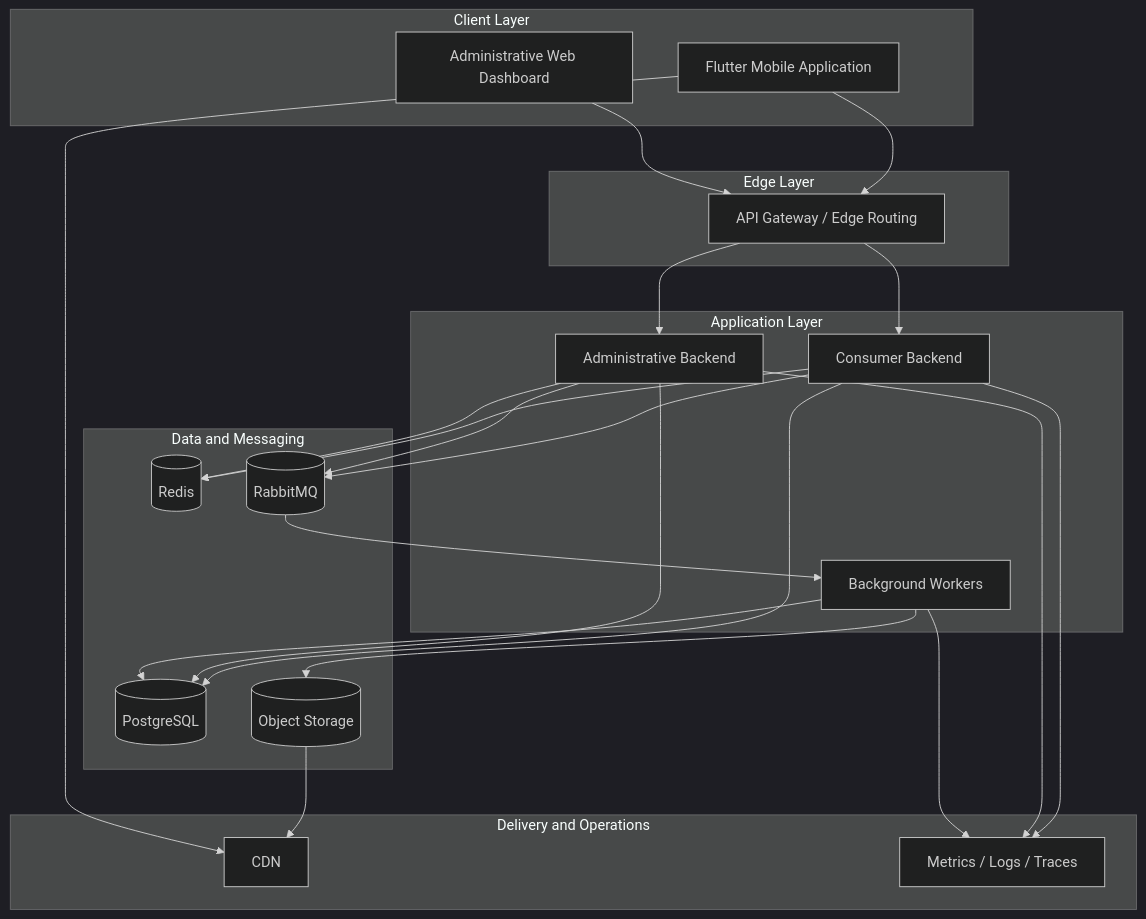
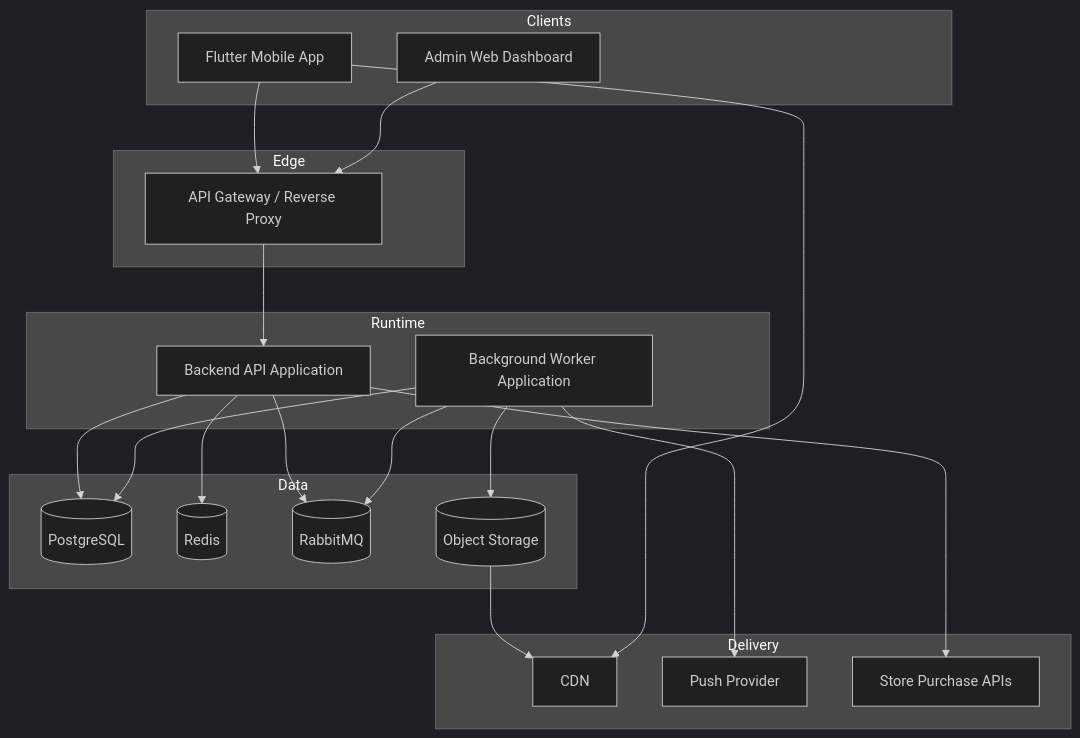
The second of 6 diagrams in docs/03_Architecture/Software_Architecture.md (IoanMarian08/KidsAudioBookPlatform), drawn with Mermaid (dark theme) before and after one commit. The commit also changed other lines of this file, not shown here.

Commit message:
docs(architecture): deepen software architecture specification

````diff
--- a/docs/03_Architecture/Software_Architecture.md
+++ b/docs/03_Architecture/Software_Architecture.md
@@ -132,48 +130,43 @@
 ```mermaid
 graph TB
-    subgraph Client Layer
-        Mobile[Flutter Mobile Application]
-        AdminUI[Administrative Web Dashboard]
+    subgraph Clients
+        Mobile[Flutter Mobile App]
+        AdminUI[Admin Web Dashboard]
     end
 
-    subgraph Edge Layer
-        Gateway[API Gateway / Edge Routing]
+    subgraph Edge
+        Gateway[API Gateway / Reverse Proxy]
     end
 
-    subgraph Application Layer
-        ConsumerAPI[Consumer Backend]
-        AdminAPI[Administrative Backend]
-        Workers[Background Workers]
+    subgraph Runtime
+        API[Backend API Application]
+        Worker[Background Worker Application]
     end
 
-    subgraph Data and Messaging
-        Postgres[(PostgreSQL)]
+    subgraph Data
+        PG[(PostgreSQL)]
         Redis[(Redis)]
-        Broker[(RabbitMQ)]
-        ObjectStore[(Object Storage)]
+        MQ[(RabbitMQ)]
+        Object[(Object Storage)]
     end
 
-    subgraph Delivery and Operations
+    subgraph Delivery
         CDN[CDN]
-        Metrics[Metrics / Logs / Traces]
+        FCM[Push Provider]
+        Stores[Store Purchase APIs]
     end
 
     Mobile --> Gateway
     AdminUI --> Gateway
-    Gateway --> ConsumerAPI
-    Gateway --> AdminAPI
-    ConsumerAPI --> Postgres
-    AdminAPI --> Postgres
-    ConsumerAPI --> Redis
-    AdminAPI --> Redis
-    ConsumerAPI --> Broker
-    AdminAPI --> Broker
-    Broker --> Workers
-    Workers --> Postgres
-    Workers --> ObjectStore
-    ObjectStore --> CDN
+    Gateway --> API
+    API --> PG
+    API --> Redis
+    API --> MQ
+    Worker --> MQ
+    Worker --> PG
+    Worker --> Object
+    Object --> CDN
     Mobile --> CDN
-    ConsumerAPI --> Metrics
-    AdminAPI --> Metrics
-    Workers --> Metrics
+    Worker --> FCM
+    API --> Stores
 ```
````
